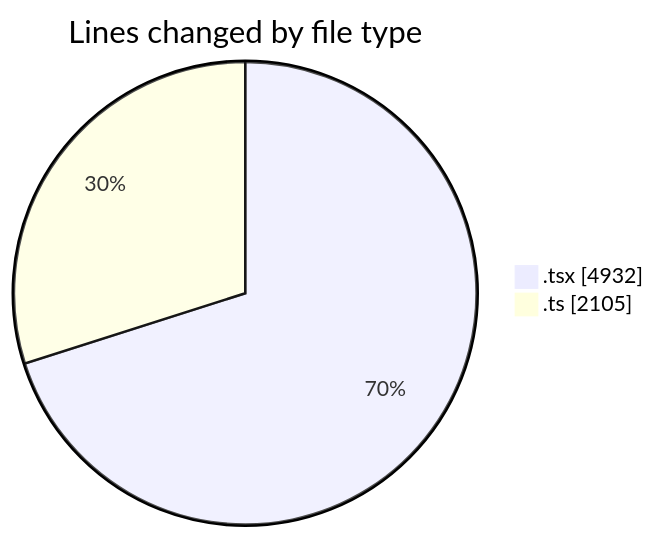
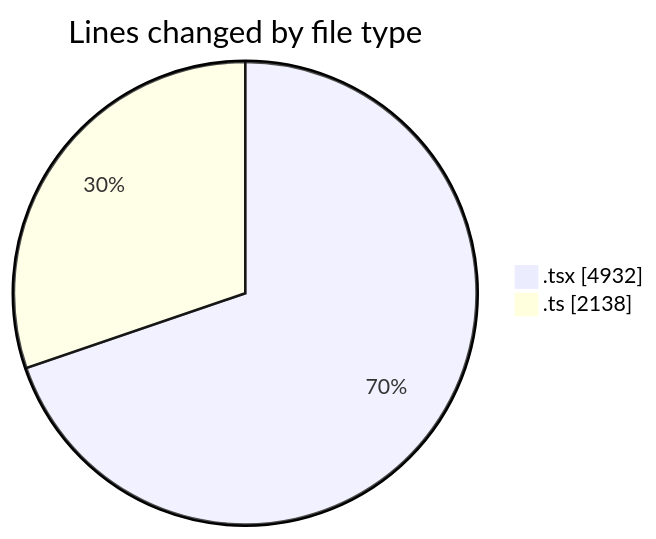
One commit to nxtqubesakshisongat/code-tracking changed the first of 2 diagrams in 2026-02-26/nxtqube_webapp/README.md. Above: the diagram before and after it, drawn with Mermaid. The commit also changed other lines of this file and 1 other file, not shown here.

````diff
--- a/2026-02-26/nxtqube_webapp/README.md
+++ b/2026-02-26/nxtqube_webapp/README.md
@@ -33,6 +33,6 @@
 ```mermaid
 pie showData
 title Lines changed by file type
 ".tsx" : 4932
-".ts" : 2105
+".ts" : 2138
 ```
````
